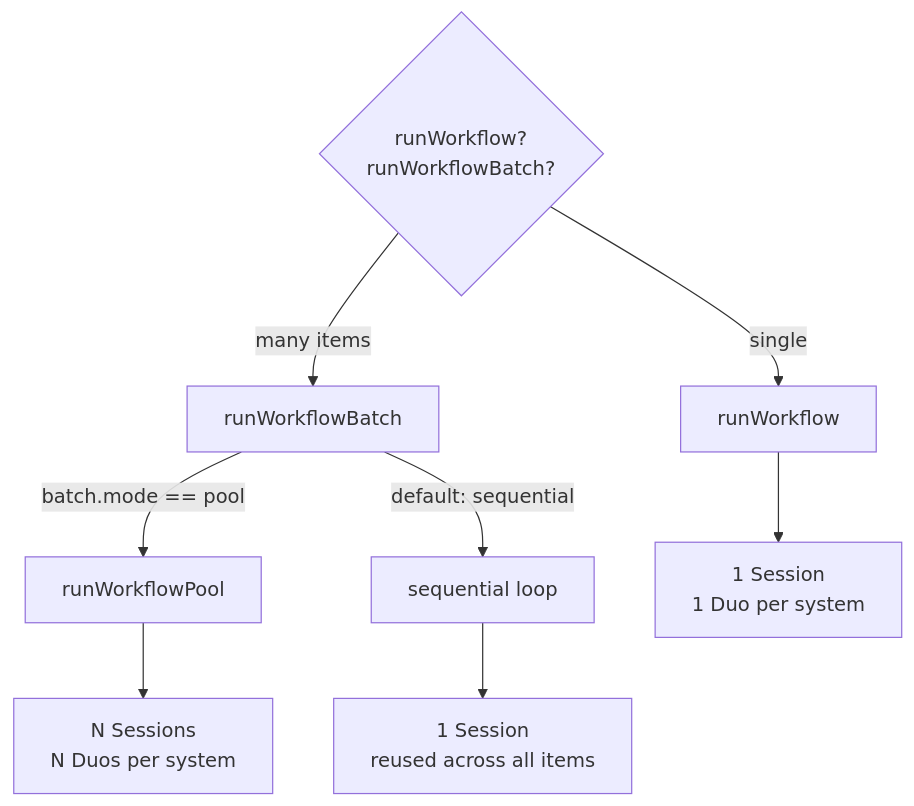
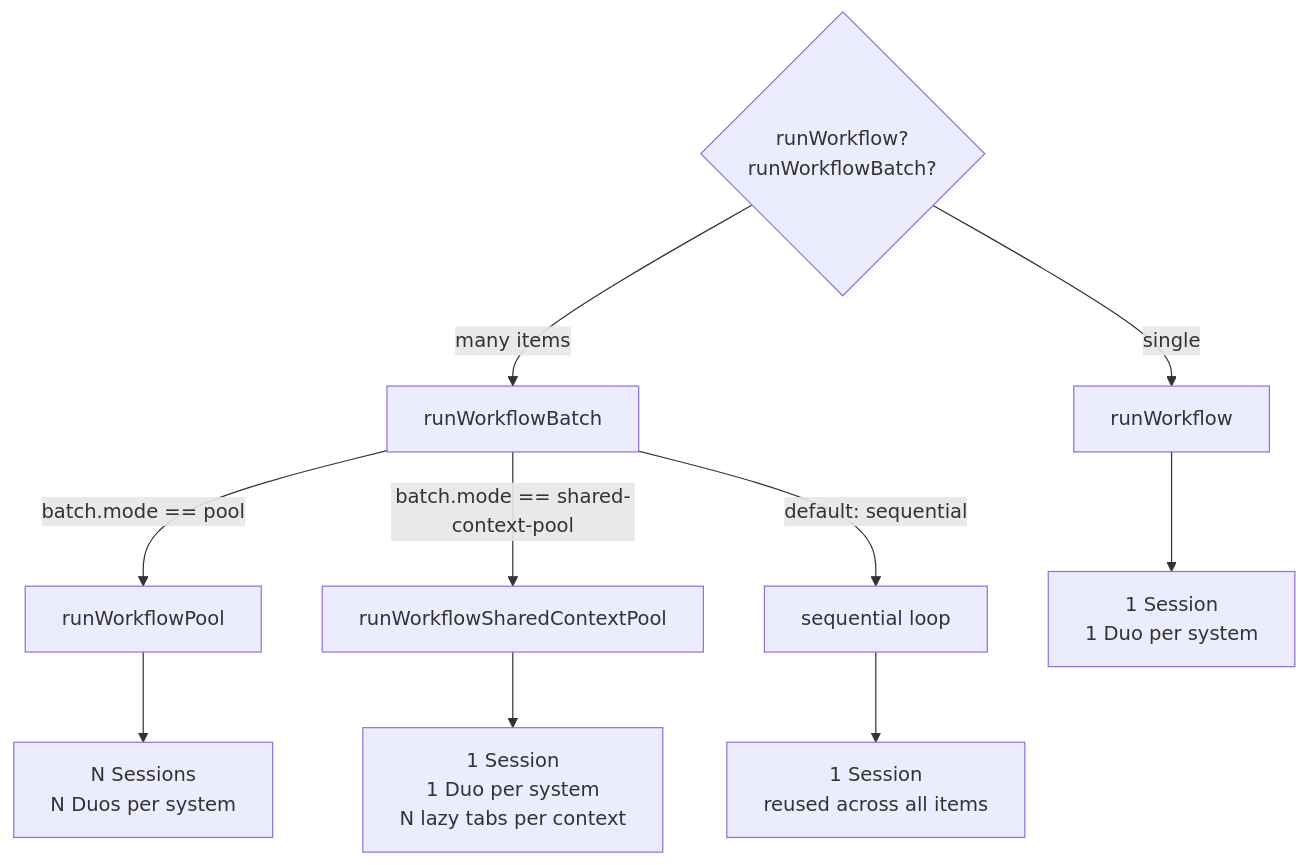
Before and after one commit to julianthant/hr-automation: the eighth of 16 diagrams in docs/architecture-deep-dive.md, drawn with Mermaid. The commit also changed other lines of this file and 11 other files, not shown here.

````diff
--- a/docs/architecture-deep-dive.md
+++ b/docs/architecture-deep-dive.md
@@ -451,12 +455,14 @@
 ```mermaid
 flowchart TB
     ENTRY{runWorkflow? <br/>runWorkflowBatch?}
     ENTRY -->|single| SGL[runWorkflow]
     ENTRY -->|many items| BATCH[runWorkflowBatch]
     BATCH -->|batch.mode == pool| POOL[runWorkflowPool]
+    BATCH -->|batch.mode == shared-context-pool| SCP[runWorkflowSharedContextPool]
     BATCH -->|default: sequential| SEQ[sequential loop]
 
     SGL --> S1[1 Session<br/>1 Duo per system]
     SEQ --> S2[1 Session<br/>reused across all items]
     POOL --> S3[N Sessions<br/>N Duos per system]
+    SCP --> S4[1 Session<br/>1 Duo per system<br/>N lazy tabs per context]
 ```
````
